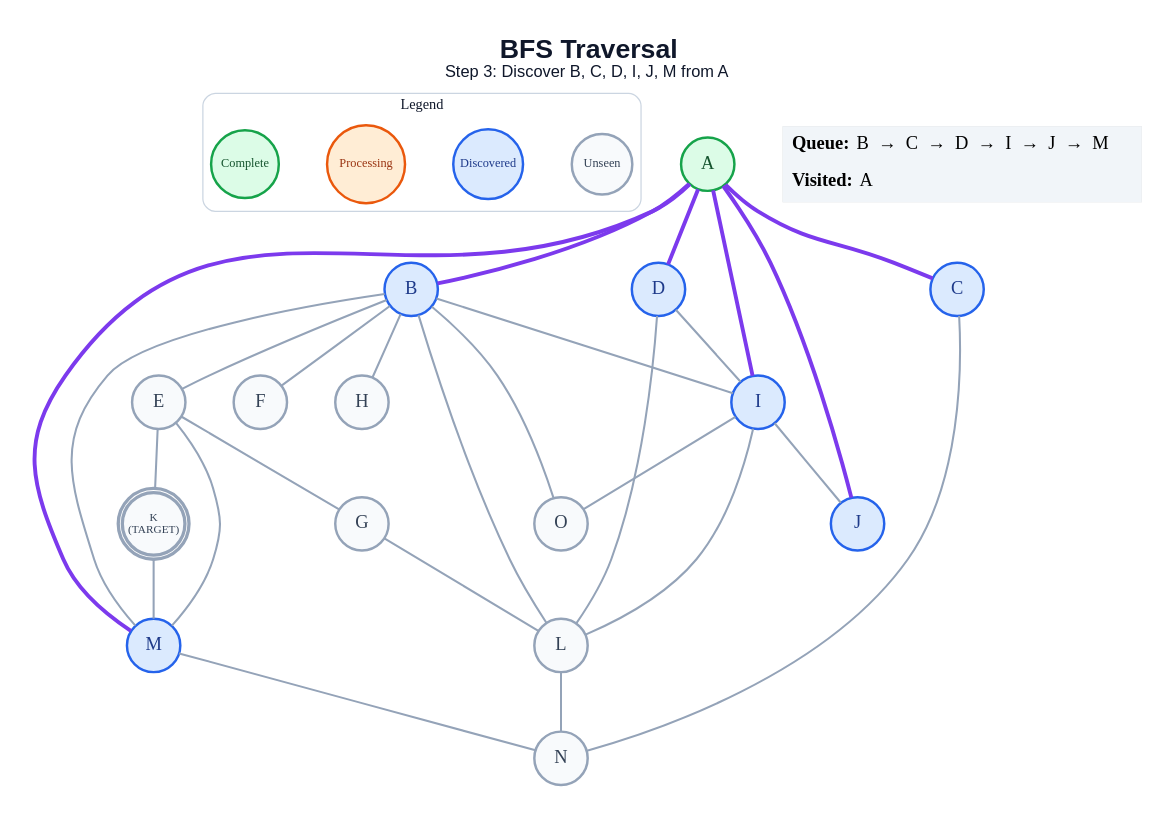
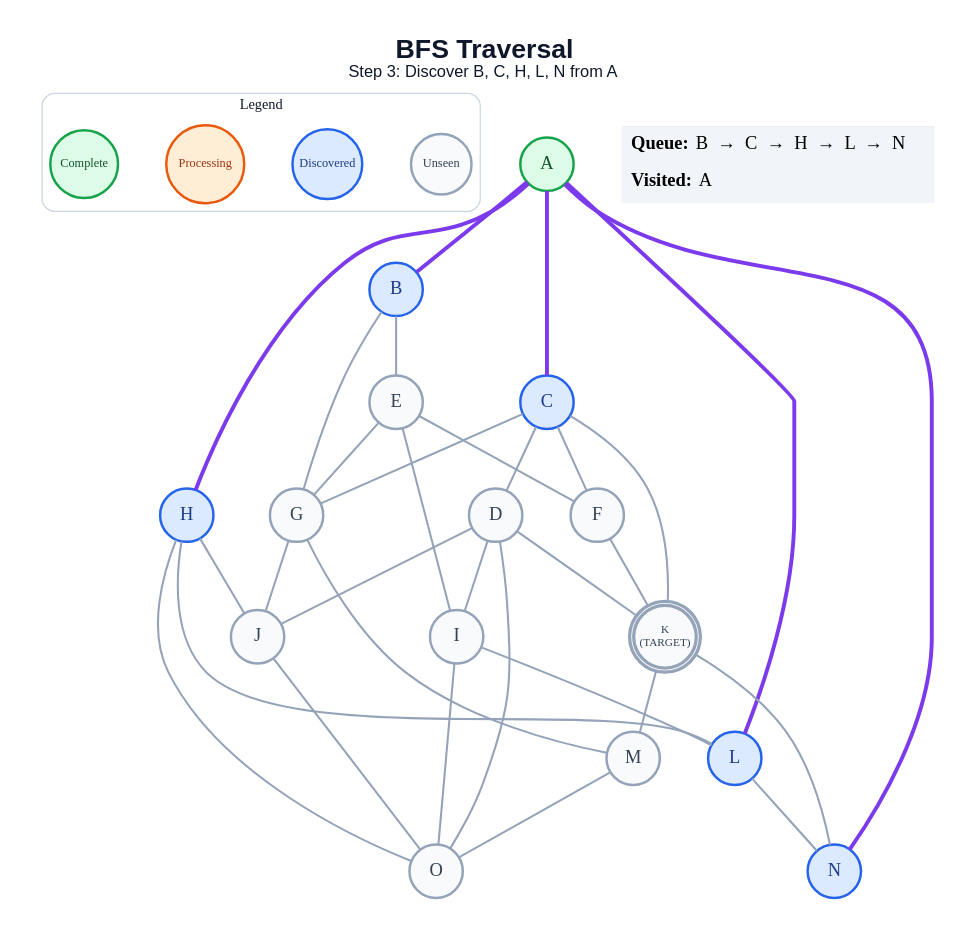
The diagram in generated/short-circuit/bfs/step_03.dot (anon7238593-create/ai-slop), drawn with Graphviz before and after one commit. The commit also changed 235 other files, not shown here.

```diff
--- a/generated/short-circuit/bfs/step_03.dot
+++ b/generated/short-circuit/bfs/step_03.dot
@@ -1,60 +1,65 @@
 graph traversal {
   graph [layout=dot, rankdir=TB, bgcolor="#FFFFFF", pad="0.35", nodesep="0.65", ranksep="0.8", fontname="Arial"];
   node [shape=circle, style="filled", fontname="Arial Bold", fontsize=18, width=0.72, fixedsize=true, penwidth=2.4];
   edge [color="#94A3B8", penwidth=2.0];
-  label=<<B>BFS Traversal</B><BR/><FONT POINT-SIZE="16">Step 3: Discover B, C, D, I, J, M from A</FONT>>; labelloc="t"; fontsize=26; fontname="Arial"; fontcolor="#0F172A";
+  label=<<B>BFS Traversal</B><BR/><FONT POINT-SIZE="16">Step 3: Discover B, C, H, L, N from A</FONT>>; labelloc="t"; fontsize=26; fontname="Arial"; fontcolor="#0F172A";
   subgraph cluster_legend { label="Legend"; color="#CBD5E1"; penwidth=1.2; style="rounded"; fontsize=14; fontname="Arial Bold";
     key_unseen [label="Unseen", fillcolor="#F8FAFC", color="#94A3B8", fontcolor="#334155", fontsize=12, width=0.82];
     key_frontier [label="Discovered", fillcolor="#DBEAFE", color="#2563EB", fontcolor="#1E3A8A", fontsize=12, width=0.95];
     key_current [label="Processing", fillcolor="#FFEDD5", color="#EA580C", fontcolor="#9A3412", fontsize=12, width=1.05];
     key_done [label="Complete", fillcolor="#DCFCE7", color="#16A34A", fontcolor="#14532D", fontsize=12, width=0.92];
     { rank=same; key_unseen; key_frontier; key_current; key_done; }
   }
   A [label="A", fillcolor="#DCFCE7", color="#16A34A", fontcolor="#14532D", peripheries=1, penwidth=2.4];
   B [label="B", fillcolor="#DBEAFE", color="#2563EB", fontcolor="#1E3A8A", peripheries=1, penwidth=2.4];
   C [label="C", fillcolor="#DBEAFE", color="#2563EB", fontcolor="#1E3A8A", peripheries=1, penwidth=2.4];
-  D [label="D", fillcolor="#DBEAFE", color="#2563EB", fontcolor="#1E3A8A", peripheries=1, penwidth=2.4];
+  D [label="D", fillcolor="#F8FAFC", color="#94A3B8", fontcolor="#334155", peripheries=1, penwidth=2.4];
   E [label="E", fillcolor="#F8FAFC", color="#94A3B8", fontcolor="#334155", peripheries=1, penwidth=2.4];
   F [label="F", fillcolor="#F8FAFC", color="#94A3B8", fontcolor="#334155", peripheries=1, penwidth=2.4];
   G [label="G", fillcolor="#F8FAFC", color="#94A3B8", fontcolor="#334155", peripheries=1, penwidth=2.4];
-  H [label="H", fillcolor="#F8FAFC", color="#94A3B8", fontcolor="#334155", peripheries=1, penwidth=2.4];
-  I [label="I", fillcolor="#DBEAFE", color="#2563EB", fontcolor="#1E3A8A", peripheries=1, penwidth=2.4];
-  J [label="J", fillcolor="#DBEAFE", color="#2563EB", fontcolor="#1E3A8A", peripheries=1, penwidth=2.4];
+  H [label="H", fillcolor="#DBEAFE", color="#2563EB", fontcolor="#1E3A8A", peripheries=1, penwidth=2.4];
+  I [label="I", fillcolor="#F8FAFC", color="#94A3B8", fontcolor="#334155", peripheries=1, penwidth=2.4];
+  J [label="J", fillcolor="#F8FAFC", color="#94A3B8", fontcolor="#334155", peripheries=1, penwidth=2.4];
   K [label="K\n(TARGET)", fillcolor="#F8FAFC", color="#94A3B8", fontcolor="#334155", peripheries=2, penwidth=3.2, fontsize=11, width=0.85, height=0.85];
-  L [label="L", fillcolor="#F8FAFC", color="#94A3B8", fontcolor="#334155", peripheries=1, penwidth=2.4];
-  M [label="M", fillcolor="#DBEAFE", color="#2563EB", fontcolor="#1E3A8A", peripheries=1, penwidth=2.4];
-  N [label="N", fillcolor="#F8FAFC", color="#94A3B8", fontcolor="#334155", peripheries=1, penwidth=2.4];
+  L [label="L", fillcolor="#DBEAFE", color="#2563EB", fontcolor="#1E3A8A", peripheries=1, penwidth=2.4];
+  M [label="M", fillcolor="#F8FAFC", color="#94A3B8", fontcolor="#334155", peripheries=1, penwidth=2.4];
+  N [label="N", fillcolor="#DBEAFE", color="#2563EB", fontcolor="#1E3A8A", peripheries=1, penwidth=2.4];
   O [label="O", fillcolor="#F8FAFC", color="#94A3B8", fontcolor="#334155", peripheries=1, penwidth=2.4];
   A -- B [color="#7C3AED", penwidth=3.8];
   A -- C [color="#7C3AED", penwidth=3.8];
-  A -- D [color="#7C3AED", penwidth=3.8];
-  A -- I [color="#7C3AED", penwidth=3.8];
-  A -- J [color="#7C3AED", penwidth=3.8];
-  A -- M [color="#7C3AED", penwidth=3.8];
+  A -- H [color="#7C3AED", penwidth=3.8];
+  A -- L [color="#7C3AED", penwidth=3.8];
+  A -- N [color="#7C3AED", penwidth=3.8];
   B -- E;
-  B -- F;
-  B -- H;
-  B -- I;
-  B -- L;
-  B -- M;
-  B -- O;
-  C -- N;
+  B -- G;
+  C -- D;
+  C -- F;
+  C -- G;
+  C -- K;
   D -- I;
-  D -- L;
+  D -- J;
+  D -- K;
+  D -- O;
+  E -- F;
   E -- G;
-  E -- K;
-  E -- M;
-  G -- L;
-  I -- J;
+  E -- I;
+  F -- K;
+  G -- J;
+  G -- M;
+  H -- J;
+  H -- L;
+  H -- O;
   I -- L;
   I -- O;
+  J -- O;
   K -- M;
+  K -- N;
   L -- N;
-  M -- N;
+  M -- O;
   status [shape=plain, fixedsize=false, width=0, height=0, margin=0, label=<
     <TABLE BORDER="0" CELLBORDER="0" CELLPADDING="7" BGCOLOR="#F1F5F9">
-      <TR><TD ALIGN="LEFT"><B>Queue:</B> B  →  C  →  D  →  I  →  J  →  M</TD></TR>
+      <TR><TD ALIGN="LEFT"><B>Queue:</B> B  →  C  →  H  →  L  →  N</TD></TR>
       <TR><TD ALIGN="LEFT"><B>Visited:</B> A</TD></TR>
     </TABLE>
   >];
 }
```
